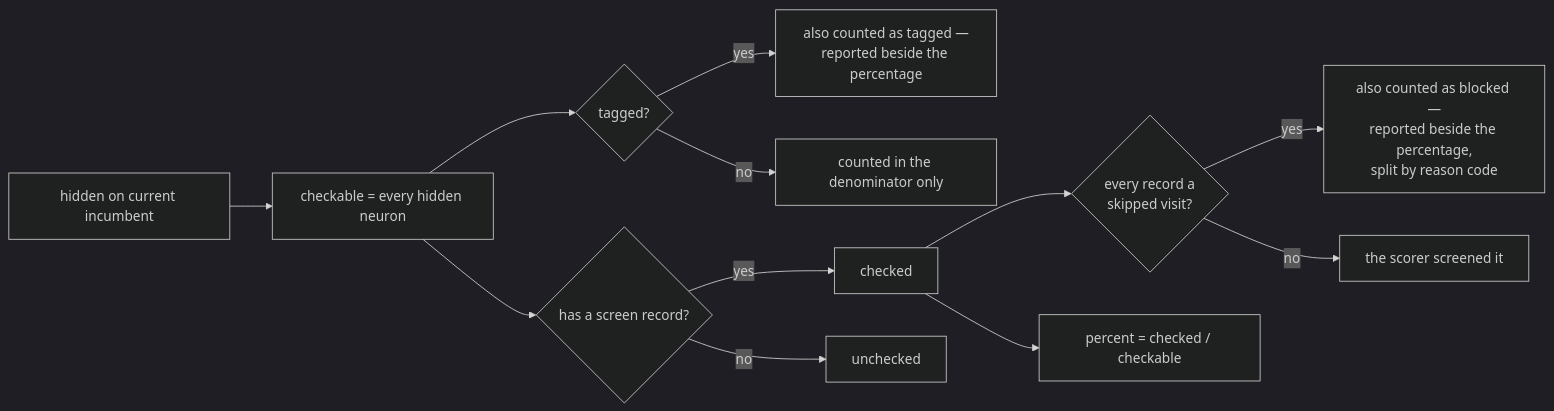
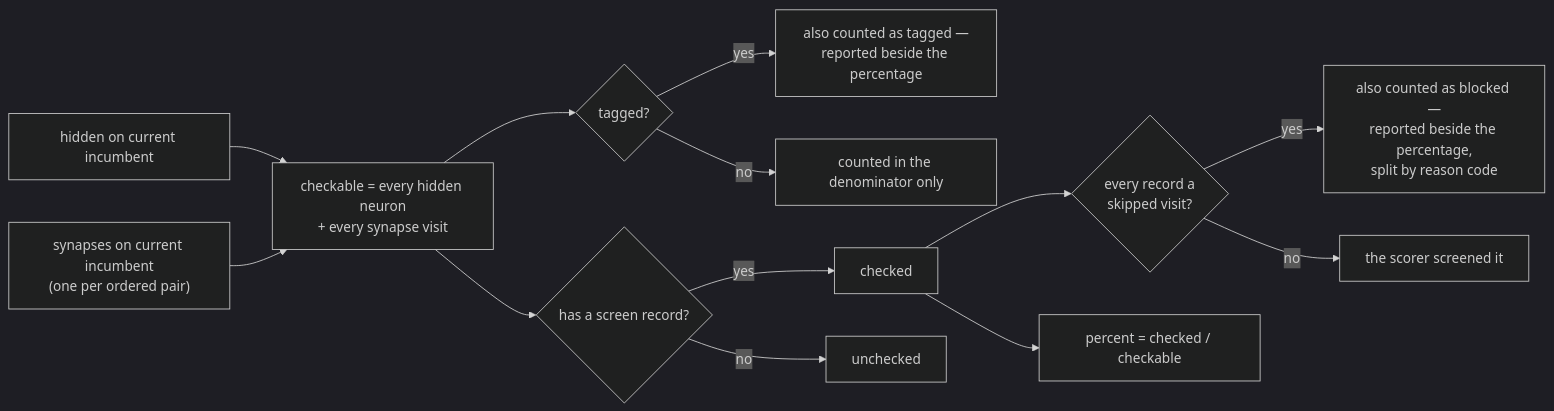
The tenth of 21 diagrams in README.md (stSoftwareAU/NEAT-AI-Ockham), drawn with Mermaid (dark theme) before and after one commit. The commit also changed other lines of this file and 33 other files, not shown here.

````diff
--- a/README.md
+++ b/README.md
@@ -1011,14 +1185,15 @@
 ```mermaid
 flowchart LR
-    H["hidden on current incumbent"] --> C["checkable = every hidden neuron"]
+    H["hidden on current incumbent"] --> C["checkable = every hidden neuron<br/>+ every synapse visit"]
+    E["synapses on current incumbent<br/>(one per ordered pair)"] --> C
     C --> T{"tagged?"}
     T -->|yes| G["also counted as tagged —<br/>reported beside the percentage"]
     T -->|no| N["counted in the denominator only"]
     C --> S{"has a screen record?"}
     S -->|yes| D["checked"]
     S -->|no| U["unchecked"]
     D --> B{"every record a<br/>skipped visit?"}
     B -->|yes| K["also counted as blocked —<br/>reported beside the percentage,<br/>split by reason code"]
     B -->|no| Q["the scorer screened it"]
     D --> P["percent = checked / checkable"]
 ```
````
